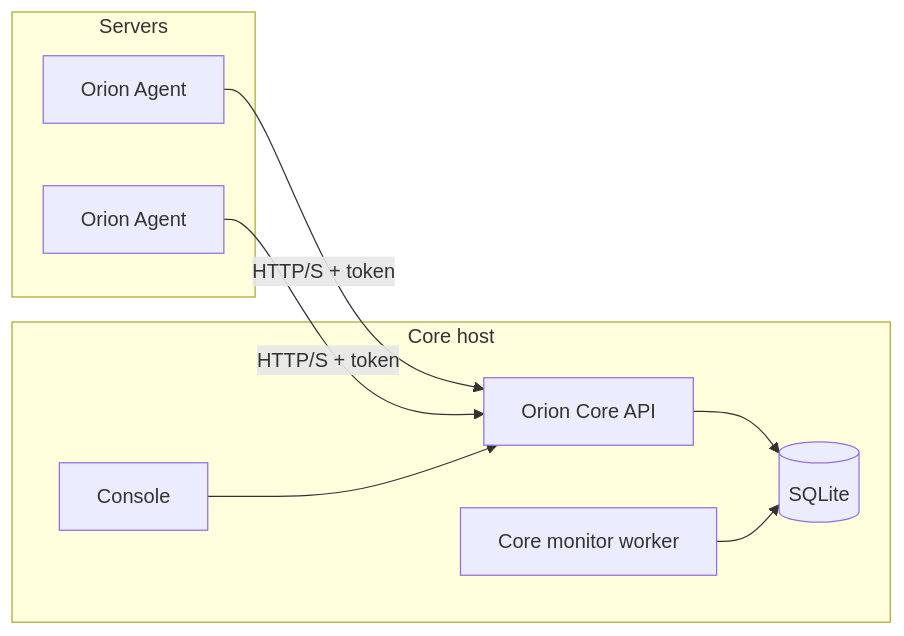
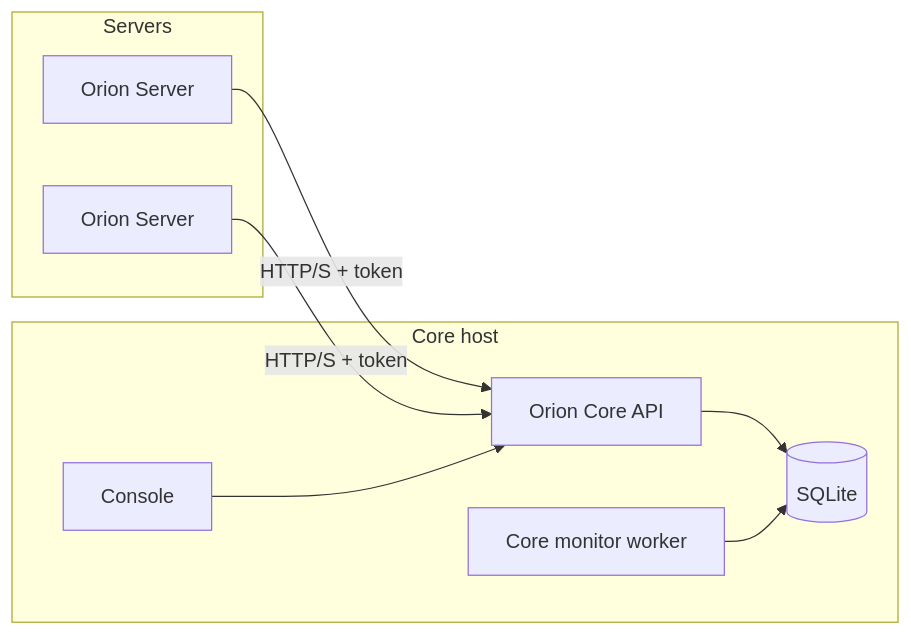
One commit to sunday-studio/orion changed the diagram in README.md. Above: the diagram before and after it, drawn with Mermaid. The commit also changed other lines of this file and 72 other files, not shown here.

````diff
--- a/README.md
+++ b/README.md
@@ -22,18 +22,18 @@
 ```mermaid
 flowchart LR
     subgraph servers [Servers]
-        A1[Orion Agent]
-        A2[Orion Agent]
+        A1[Orion Server]
+        A2[Orion Server]
     end
     subgraph core [Core host]
         C[Orion Core API]
         W[Core monitor worker]
         DB[(SQLite)]
         UI[Console]
     end
     A1 -->|HTTP/S + token| C
     A2 -->|HTTP/S + token| C
     C --> DB
     W --> DB
     UI --> C
 ```
````
